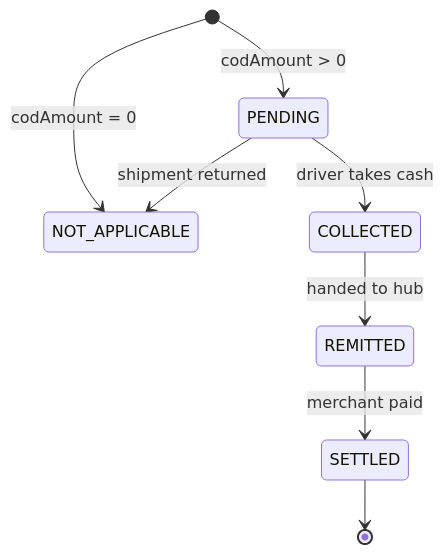
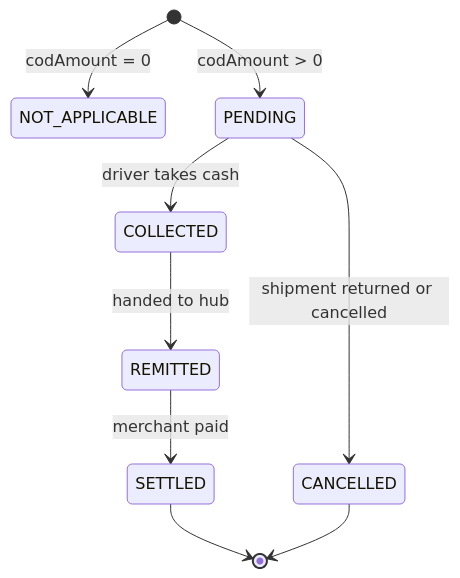
The third of 3 diagrams in docs/02-domain-model.md (salemwch/system-delivery), drawn with Mermaid before and after one commit. The commit also changed other lines of this file and 19 other files, not shown here.

````diff
--- a/docs/02-domain-model.md
+++ b/docs/02-domain-model.md
@@ -1114,10 +1114,11 @@
 ```mermaid
 stateDiagram-v2
     [*] --> NOT_APPLICABLE: codAmount = 0
     [*] --> PENDING: codAmount > 0
     PENDING --> COLLECTED: driver takes cash
     COLLECTED --> REMITTED: handed to hub
     REMITTED --> SETTLED: merchant paid
-    PENDING --> NOT_APPLICABLE: shipment returned
+    PENDING --> CANCELLED: shipment returned or cancelled
     SETTLED --> [*]
+    CANCELLED --> [*]
 ```
````
